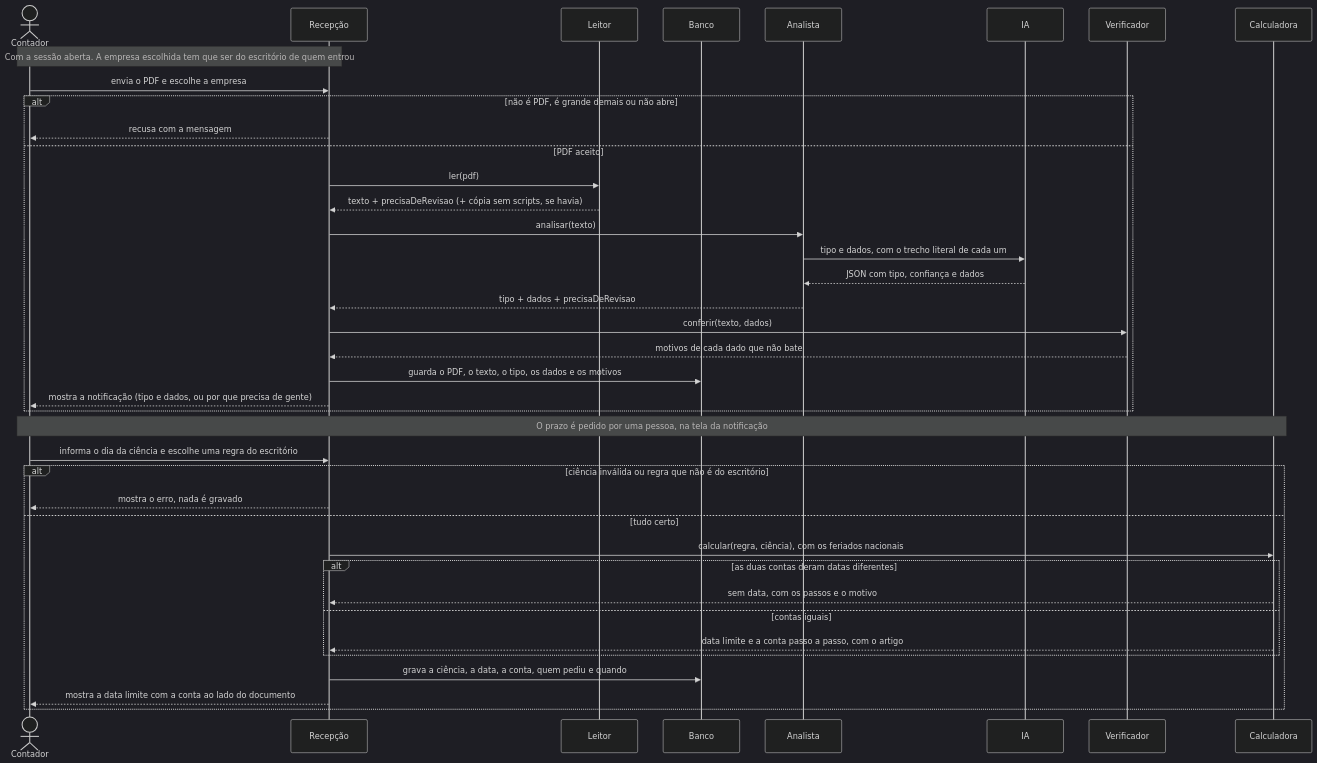
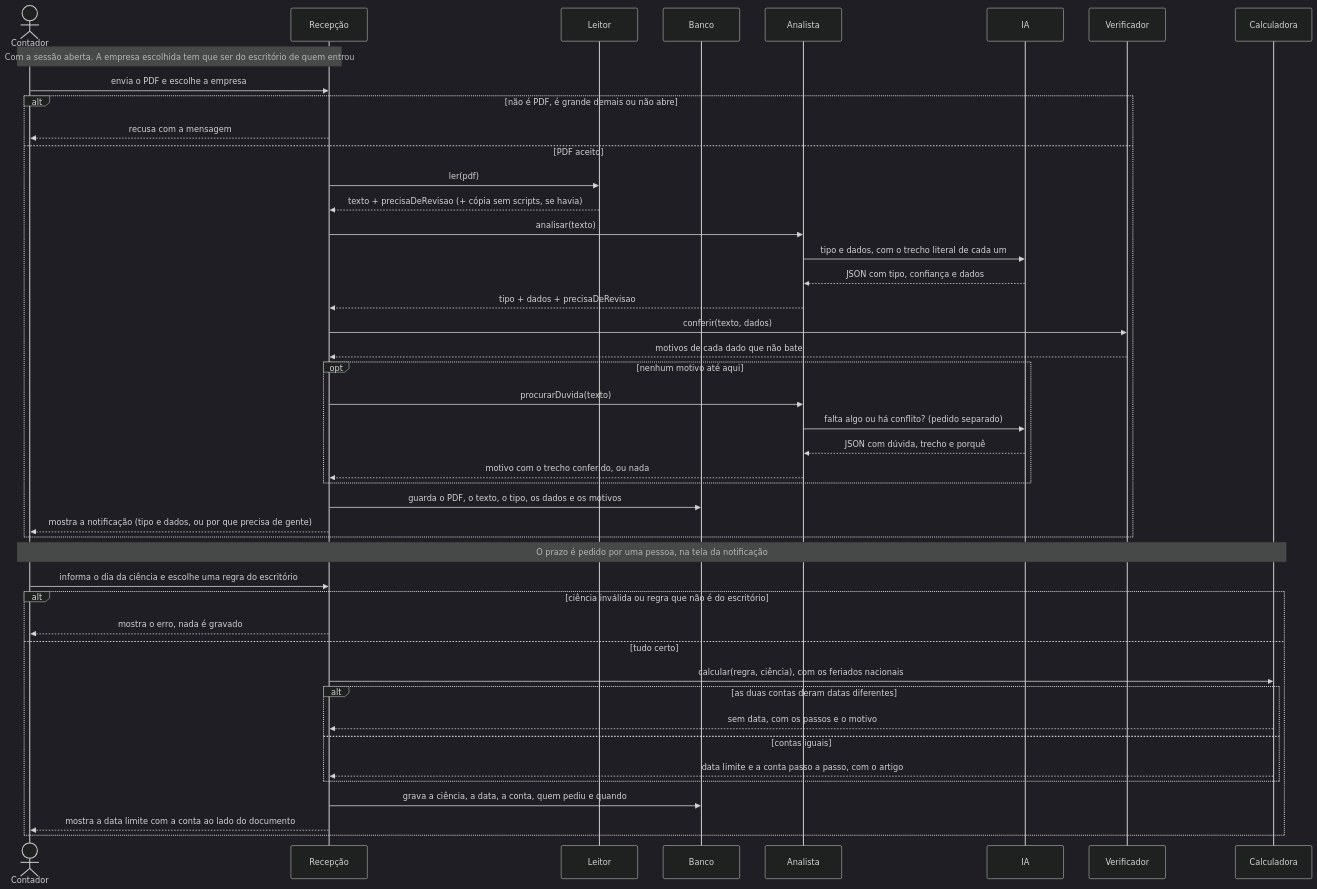
One commit to namtech-agents/atalaia changed the sixth of 9 diagrams in docs/04-arquitetura/arquitetura.md. Above: the diagram before and after it, drawn with Mermaid (dark theme). The commit also changed other lines of this file and 14 other files, not shown here.

Commit message:
feat: segunda passada da IA, "falta algo ou há conflito?", segura o caso com o trecho (#97)

````diff
--- a/docs/04-arquitetura/arquitetura.md
+++ b/docs/04-arquitetura/arquitetura.md
@@ -522,44 +525,50 @@
 ```mermaid
 sequenceDiagram
     actor Contador
     participant Recepcao as Recepção
     participant Leitor
     participant Banco
     participant Analista
     participant IA
     participant Verificador
     participant Calculadora
 
     Note over Contador,Recepcao: Com a sessão aberta. A empresa escolhida tem que ser do escritório de quem entrou
     Contador->>Recepcao: envia o PDF e escolhe a empresa
     alt não é PDF, é grande demais ou não abre
         Recepcao-->>Contador: recusa com a mensagem
     else PDF aceito
         Recepcao->>Leitor: ler(pdf)
         Leitor-->>Recepcao: texto + precisaDeRevisao (+ cópia sem scripts, se havia)
         Recepcao->>Analista: analisar(texto)
         Analista->>IA: tipo e dados, com o trecho literal de cada um
         IA-->>Analista: JSON com tipo, confiança e dados
         Analista-->>Recepcao: tipo + dados + precisaDeRevisao
         Recepcao->>Verificador: conferir(texto, dados)
         Verificador-->>Recepcao: motivos de cada dado que não bate
+        opt nenhum motivo até aqui
+            Recepcao->>Analista: procurarDuvida(texto)
+            Analista->>IA: falta algo ou há conflito? (pedido separado)
+            IA-->>Analista: JSON com dúvida, trecho e porquê
+            Analista-->>Recepcao: motivo com o trecho conferido, ou nada
+        end
         Recepcao->>Banco: guarda o PDF, o texto, o tipo, os dados e os motivos
         Recepcao-->>Contador: mostra a notificação (tipo e dados, ou por que precisa de gente)
     end
 
     Note over Contador,Calculadora: O prazo é pedido por uma pessoa, na tela da notificação
 
     Contador->>Recepcao: informa o dia da ciência e escolhe uma regra do escritório
     alt ciência inválida ou regra que não é do escritório
         Recepcao-->>Contador: mostra o erro, nada é gravado
     else tudo certo
         Recepcao->>Calculadora: calcular(regra, ciência), com os feriados nacionais
         alt as duas contas deram datas diferentes
             Calculadora-->>Recepcao: sem data, com os passos e o motivo
         else contas iguais
             Calculadora-->>Recepcao: data limite e a conta passo a passo, com o artigo
         end
         Recepcao->>Banco: grava a ciência, a data, a conta, quem pediu e quando
         Recepcao-->>Contador: mostra a data limite com a conta ao lado do documento
     end
 ```
````
